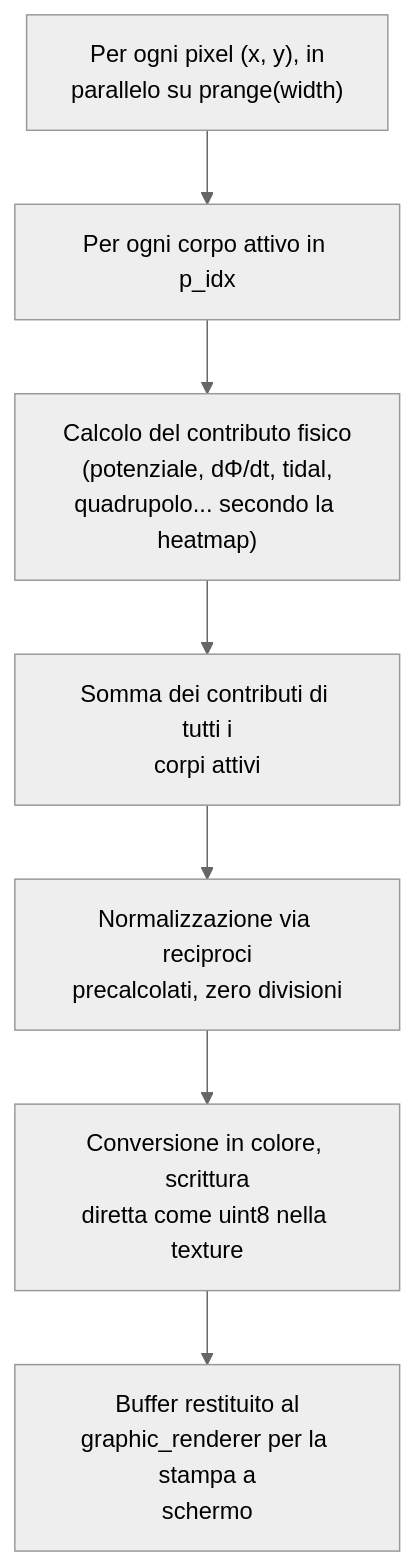
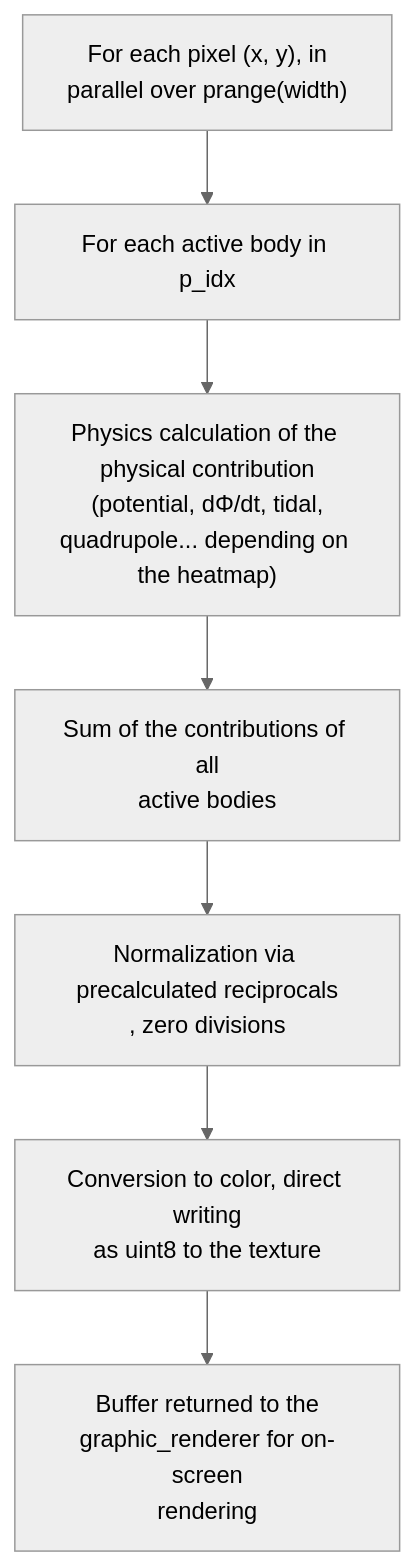
The fourth of 11 diagrams in ARCHITECTURE_DEEP_DIVE.md (alessandro-pioli/AstroCausal_Engine), drawn with Mermaid (neutral theme) before and after one commit. The commit also changed other lines of this file and 5 other files, not shown here.

````diff
--- a/ARCHITECTURE_DEEP_DIVE.md
+++ b/ARCHITECTURE_DEEP_DIVE.md
@@ -408,9 +411,9 @@
 ```mermaid
 flowchart TD
-    A["Per ogni pixel (x, y), in<br/>parallelo su prange(width)"] --> B["Per ogni corpo attivo in p_idx"]
-    B --> C["Calcolo del contributo fisico<br/>(potenziale, dΦ/dt, tidal,<br/>quadrupolo... secondo la heatmap)"]
-    C --> D["Somma dei contributi di tutti i<br/>corpi attivi"]
-    D --> E["Normalizzazione via reciproci<br/>precalcolati, zero divisioni"]
-    E --> F["Conversione in colore, scrittura<br/>diretta come uint8 nella texture"]
-    F --> G["Buffer restituito al<br/>graphic_renderer per la stampa a<br/>schermo"]
+    A["For each pixel (x, y), in<br/>parallel over prange(width)"] --> B["For each active body in p_idx"]
+    B --> C["Physics calculation of the physical contribution<BR/>(potential, dΦ/dt, tidal,<BR/>quadrupole... depending on the heatmap)"]
+    C --> D["Sum of the contributions of all<BR/>active bodies"]
+    D --> E["Normalization via precalculated reciprocals<br/>, zero divisions"]
+    E --> F["Conversion to color, direct writing<br/>as uint8 to the texture"]
+    F --> G["Buffer returned to the<br/>graphic_renderer for on-screen<br/>rendering"]
 ```
````
